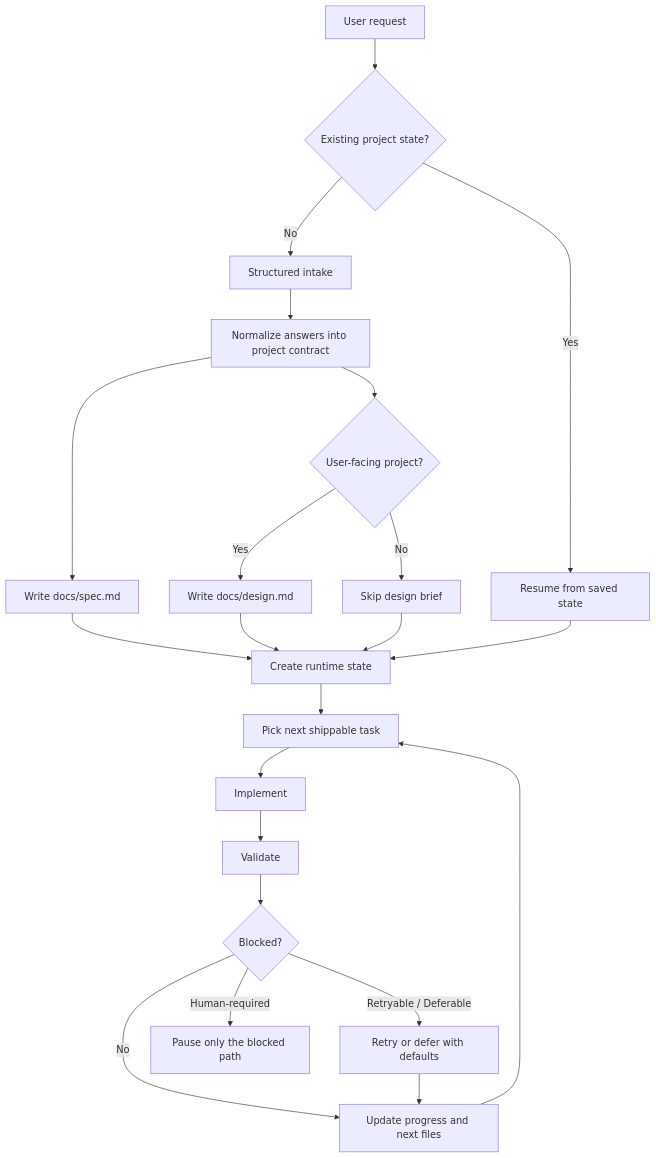
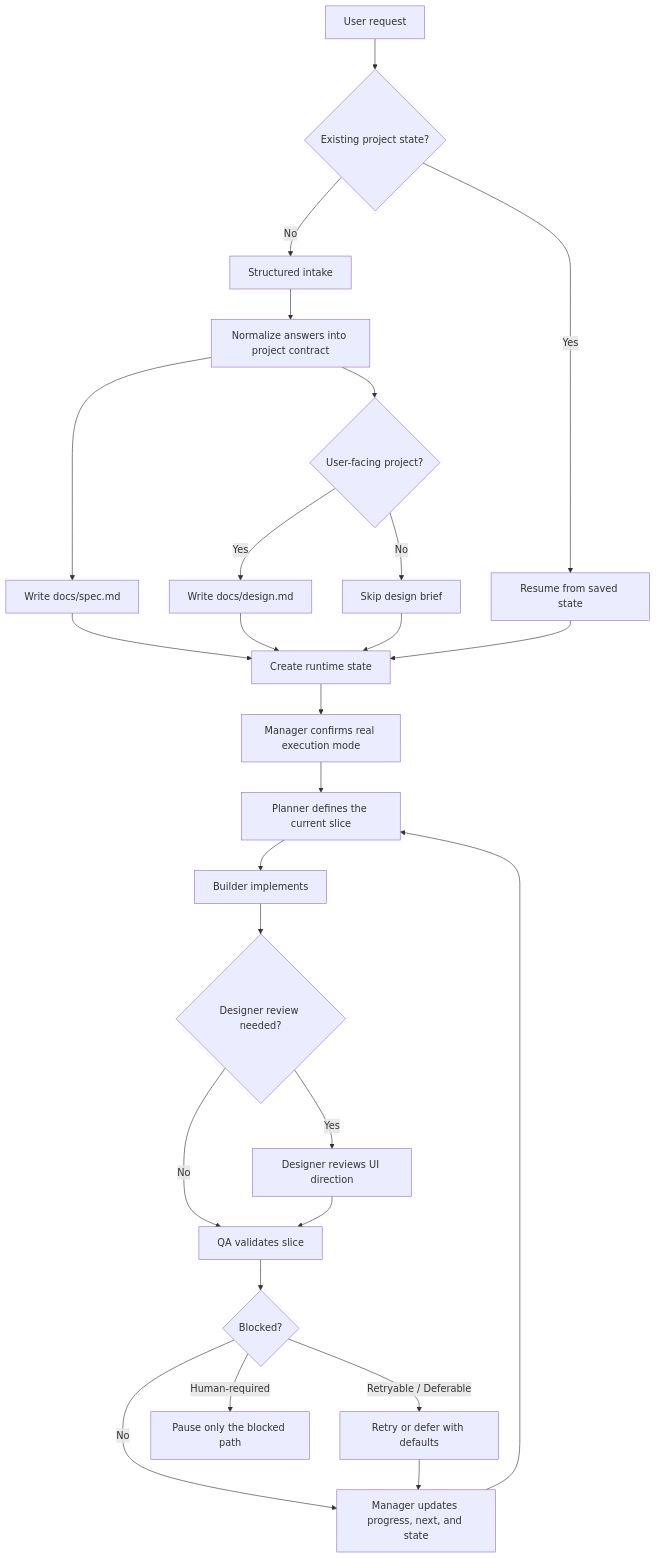
Before and after one commit to minsu0707/auto-pilot: the first of 4 diagrams in docs/05-how-it-works.md, drawn with Mermaid. The commit also changed other lines of this file and 16 other files, not shown here.

````diff
--- a/docs/05-how-it-works.md
+++ b/docs/05-how-it-works.md
@@ -16,24 +16,28 @@
 ```mermaid
 flowchart TD
     A["User request"] --> B{"Existing project state?"}
     B -- "No" --> C["Structured intake"]
     B -- "Yes" --> D["Resume from saved state"]
     C --> E["Normalize answers into project contract"]
     E --> F["Write docs/spec.md"]
     E --> G{"User-facing project?"}
     G -- "Yes" --> H["Write docs/design.md"]
     G -- "No" --> I["Skip design brief"]
     F --> J["Create runtime state"]
     H --> J
     I --> J
     D --> J
-    J --> K["Pick next shippable task"]
-    K --> L["Implement"]
-    L --> M["Validate"]
-    M --> N{"Blocked?"}
-    N -- "No" --> O["Update progress and next files"]
-    O --> K
-    N -- "Retryable / Deferable" --> P["Retry or defer with defaults"]
-    P --> O
-    N -- "Human-required" --> Q["Pause only the blocked path"]
+    J --> K["Manager confirms real execution mode"]
+    K --> L["Planner defines the current slice"]
+    L --> M["Builder implements"]
+    M --> N{"Designer review needed?"}
+    N -- "Yes" --> O["Designer reviews UI direction"]
+    N -- "No" --> P["QA validates slice"]
+    O --> P
+    P --> Q{"Blocked?"}
+    Q -- "No" --> R["Manager updates progress, next, and state"]
+    R --> L
+    Q -- "Retryable / Deferable" --> S["Retry or defer with defaults"]
+    S --> R
+    Q -- "Human-required" --> T["Pause only the blocked path"]
 ```
````
